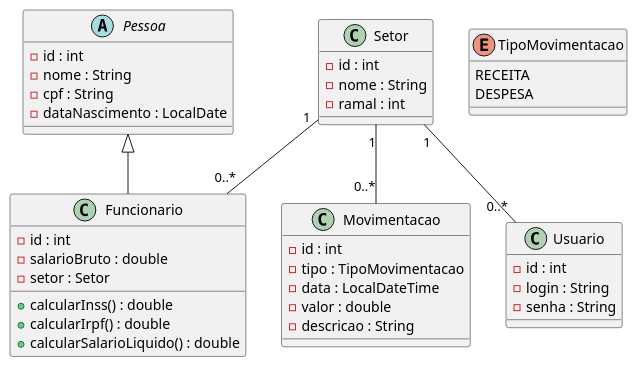
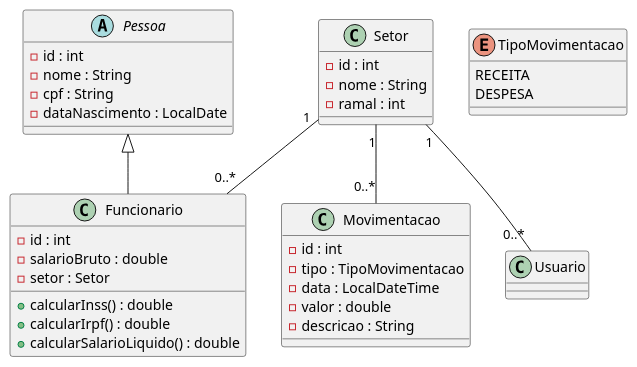
Before and after one commit to Tairentsuki/POO2_atividade1: the diagram in README.md, drawn with PlantUML.

Commit message:
Remove Usuario class from README
Removed the Usuario class definition from README.

````diff
--- a/README.md
+++ b/README.md
@@ -11,51 +11,45 @@
 ```plantuml
 @startuml
 
 abstract class Pessoa {
     - id : int
     - nome : String
     - cpf : String
     - dataNascimento : LocalDate
 }
 
 class Funcionario {
     - id : int
     - salarioBruto : double
     - setor : Setor
     + calcularInss() : double
     + calcularIrpf() : double
     + calcularSalarioLiquido() : double
 }
 
 class Setor {
     - id : int
     - nome : String
     - ramal : int
 }
 
 class Movimentacao {
     - id : int
     - tipo : TipoMovimentacao
     - data : LocalDateTime
     - valor : double
     - descricao : String
 }
 
-class Usuario {
-    - id : int
-    - login : String
-    - senha : String
-}
-
 enum TipoMovimentacao {
     RECEITA
     DESPESA
 }
 
 Pessoa <|-- Funcionario
 Setor "1" -- "0..*" Funcionario
 Setor "1" -- "0..*" Movimentacao
 Setor "1" -- "0..*" Usuario
 
 @enduml
 ```
````
